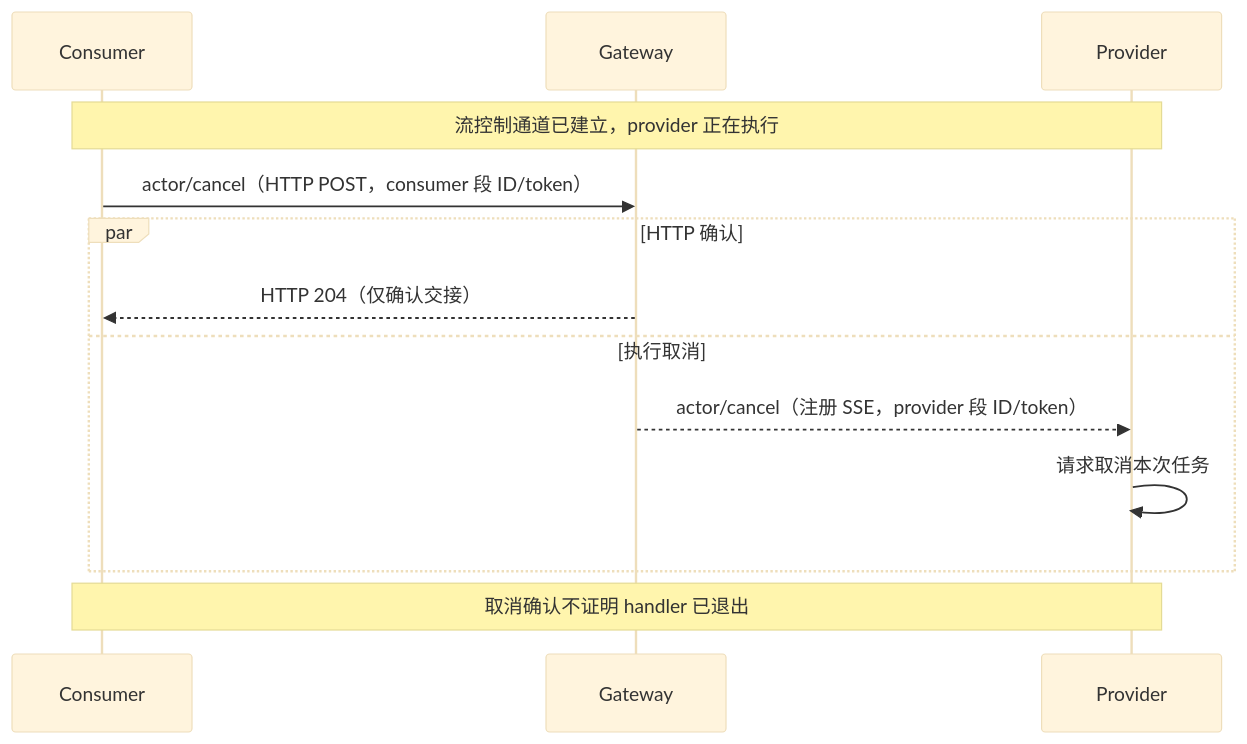
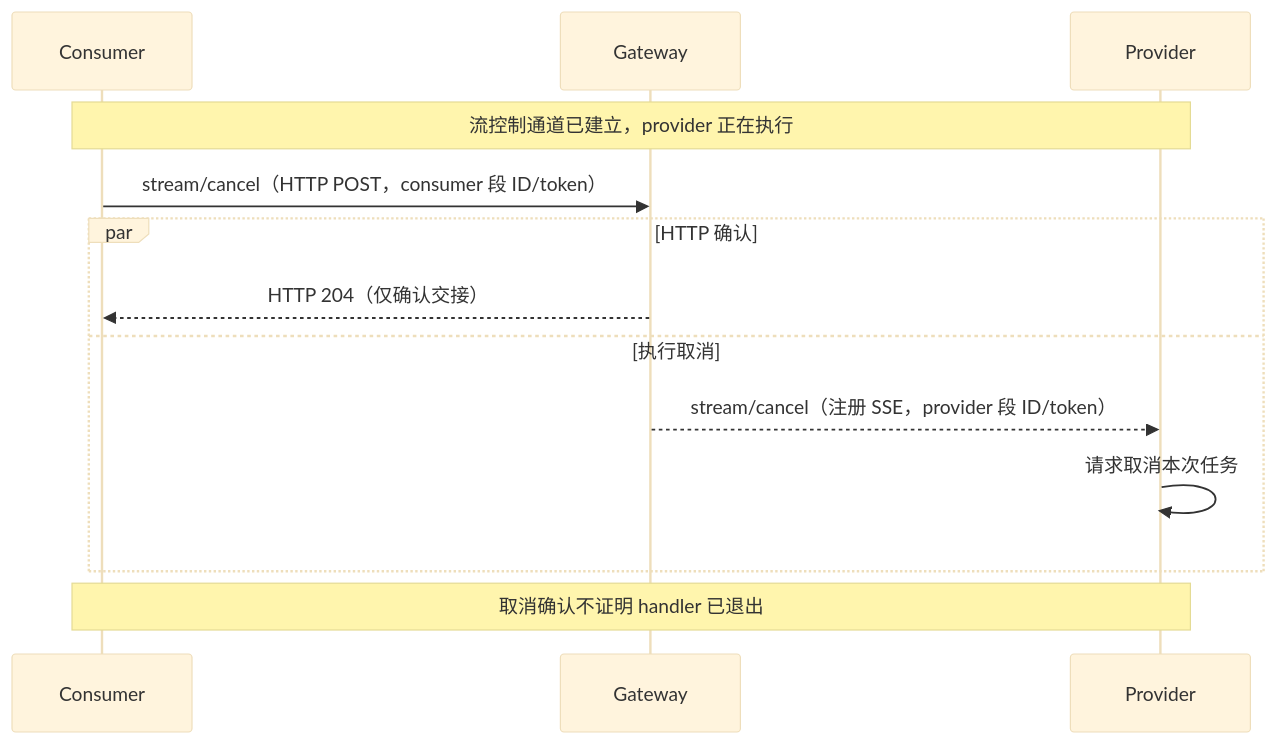
Before and after one commit to go-aie/actorx-dist: the fourth of 4 diagrams in remote/docs/protocol.zh.md, drawn with Mermaid (base theme). The commit also changed other lines of this file and 25 other files, not shown here.

````diff
--- a/remote/docs/protocol.zh.md
+++ b/remote/docs/protocol.zh.md
@@ -548,15 +548,15 @@
 ```mermaid
 sequenceDiagram
     participant C as Consumer
     participant G as Gateway
     participant P as Provider
     Note over C,P: 流控制通道已建立，provider 正在执行
-    C->>G: actor/cancel（HTTP POST，consumer 段 ID/token）
+    C->>G: stream/cancel（HTTP POST，consumer 段 ID/token）
     par HTTP 确认
         G-->>C: HTTP 204（仅确认交接）
     and 执行取消
-        G-->>P: actor/cancel（注册 SSE，provider 段 ID/token）
+        G-->>P: stream/cancel（注册 SSE，provider 段 ID/token）
         P->>P: 请求取消本次任务
     end
     Note over C,P: 取消确认不证明 handler 已退出
 ```
````
